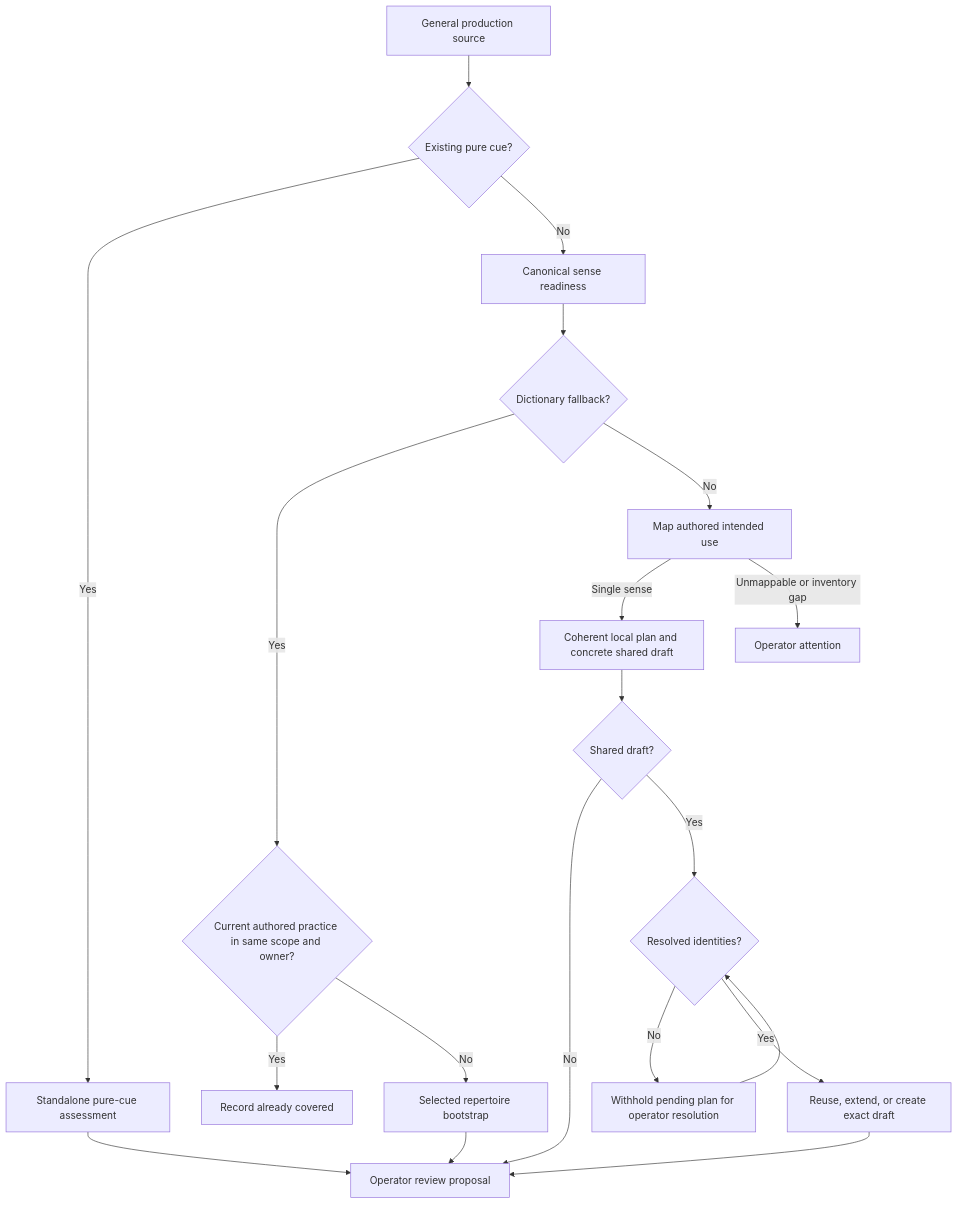
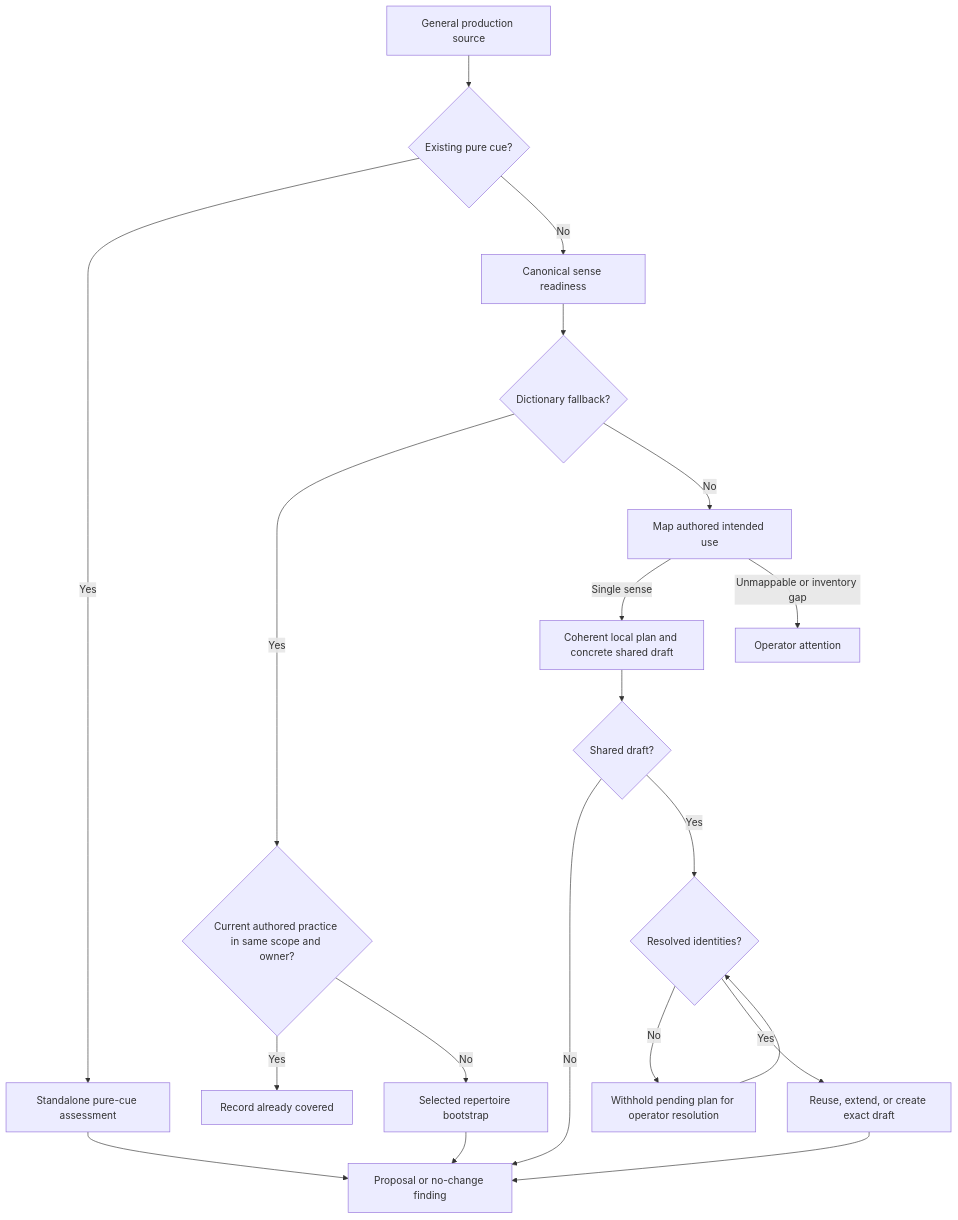
One commit to swimj/chinese-study-app changed the diagram in docs/implementation/vocabulary-content-improvement.md. Above: the diagram before and after it, drawn with Mermaid. The commit also changed other lines of this file and 10 other files, not shown here.

````diff
--- a/docs/implementation/vocabulary-content-improvement.md
+++ b/docs/implementation/vocabulary-content-improvement.md
@@ -9,22 +9,22 @@
 ```mermaid
 flowchart TD
   Source[General production source] --> Pure{Existing pure cue?}
   Pure -->|Yes| Review[Standalone pure-cue assessment]
   Pure -->|No| Ready[Canonical sense readiness]
   Ready --> Fallback{Dictionary fallback?}
   Fallback -->|Yes| Practice{Current authored practice in same scope and owner?}
   Practice -->|Yes| Covered[Record already covered]
   Practice -->|No| Bootstrap[Selected repertoire bootstrap]
   Fallback -->|No| Map[Map authored intended use]
   Map -->|Single sense| Local[Coherent local plan and concrete shared draft]
   Map -->|Unmappable or inventory gap| Attention[Operator attention]
   Local --> Shared{Shared draft?}
-  Shared -->|No| Proposal[Operator review proposal]
+  Shared -->|No| Proposal[Proposal or no-change finding]
   Shared -->|Yes| Identities{Resolved identities?}
   Identities -->|No| Pending[Withhold pending plan for operator resolution]
   Pending --> Identities
   Identities -->|Yes| Integrate[Reuse, extend, or create exact draft]
   Integrate --> Proposal
   Bootstrap --> Proposal
   Review --> Proposal
 ```
````
